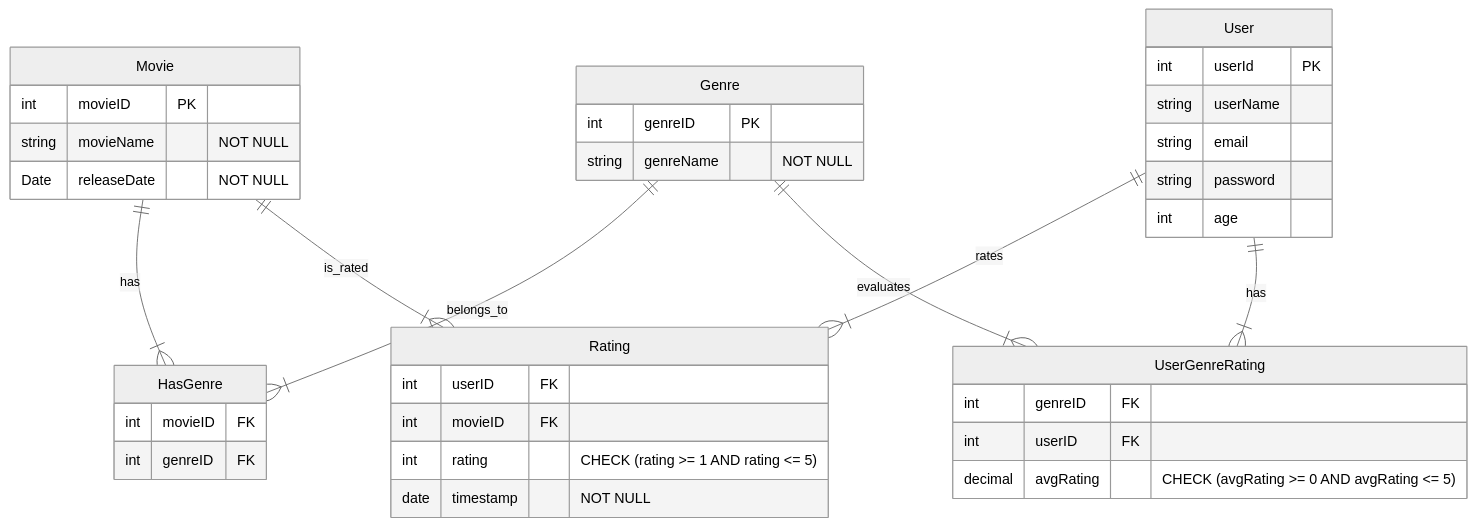
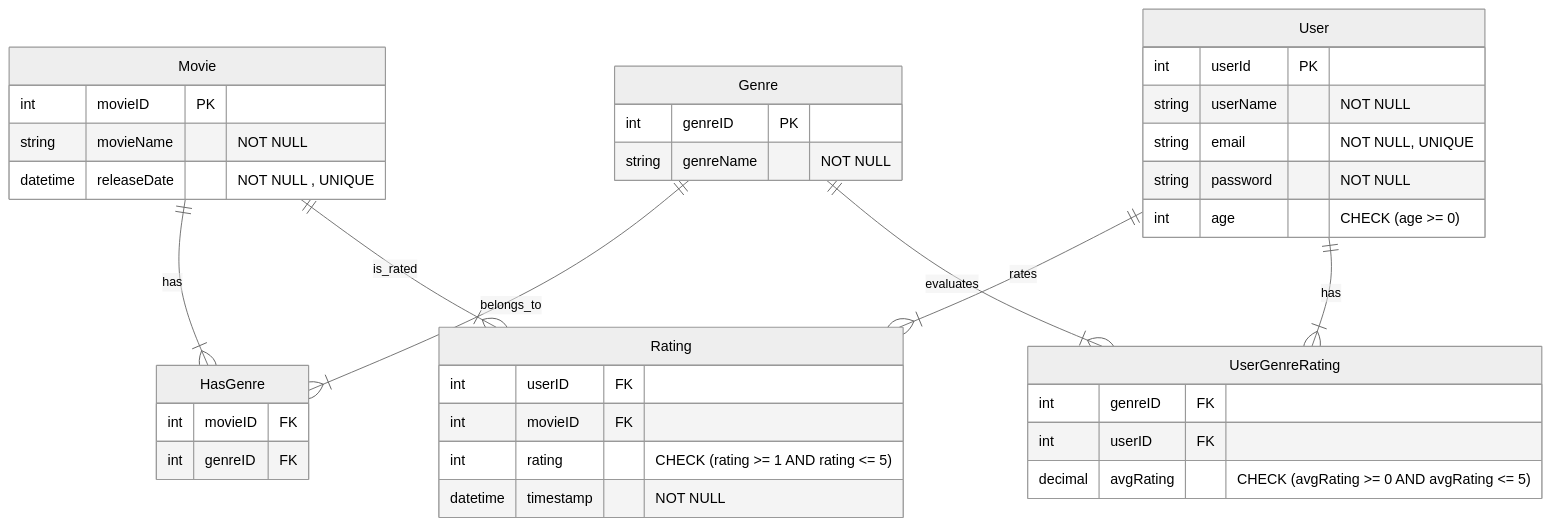
One commit to liad-coj-007/movie-recommendation changed the diagram in src/DB/erd.mmd. Above: the diagram before and after it, drawn with Mermaid (neutral theme).

Commit message:
add constraints

```diff
--- a/src/DB/erd.mmd
+++ b/src/DB/erd.mmd
@@ -1,47 +1,47 @@
 erDiagram
     Movie ||--|{ HasGenre : "has"
     Genre ||--|{ HasGenre : "belongs_to"
     User ||--|{ Rating : "rates"
     Movie ||--|{ Rating : "is_rated"
-    
+
     User ||--|{ UserGenreRating : "has"
     Genre ||--|{ UserGenreRating : "evaluates"
 
     User {
         int userId PK
-        string userName 
-        string email  
-        string password
-        int age 
+        string userName "NOT NULL"
+        string email  "NOT NULL, UNIQUE"
+        string password "NOT NULL"
+        int age "CHECK (age >= 0)"
     }
 
     Genre {
         int genreID PK
         string genreName "NOT NULL"
     }
 
     Movie {
         int movieID PK
         string movieName "NOT NULL" 
-        Date releaseDate "NOT NULL"
+        datetime releaseDate "NOT NULL , UNIQUE"
     }
 
 
 
     HasGenre {
         int movieID FK
         int genreID FK
     }
 
     Rating {
         int userID FK
         int movieID FK
         int rating "CHECK (rating >= 1 AND rating <= 5)"
-        date timestamp "NOT NULL"
+        datetime timestamp "NOT NULL"
     }
 
     UserGenreRating {
         int genreID FK
         int userID FK
         decimal avgRating "CHECK (avgRating >= 0 AND avgRating <= 5)"
     }
```
